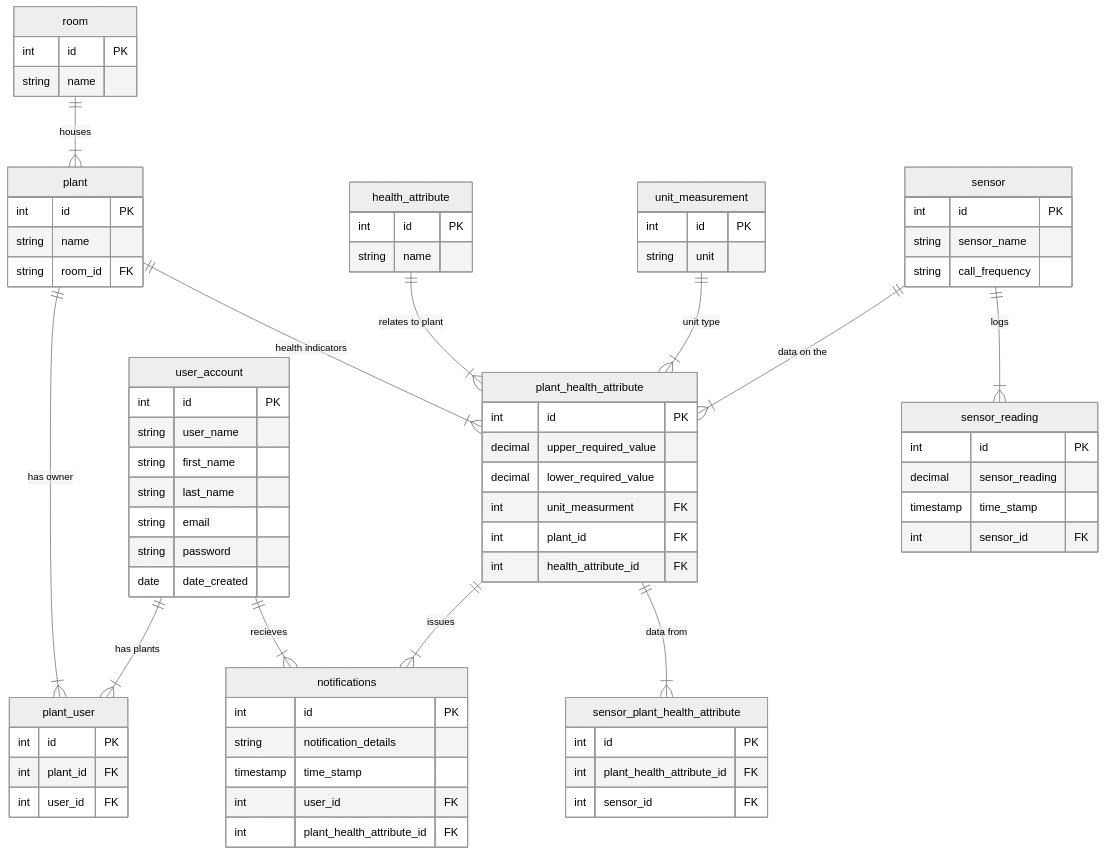
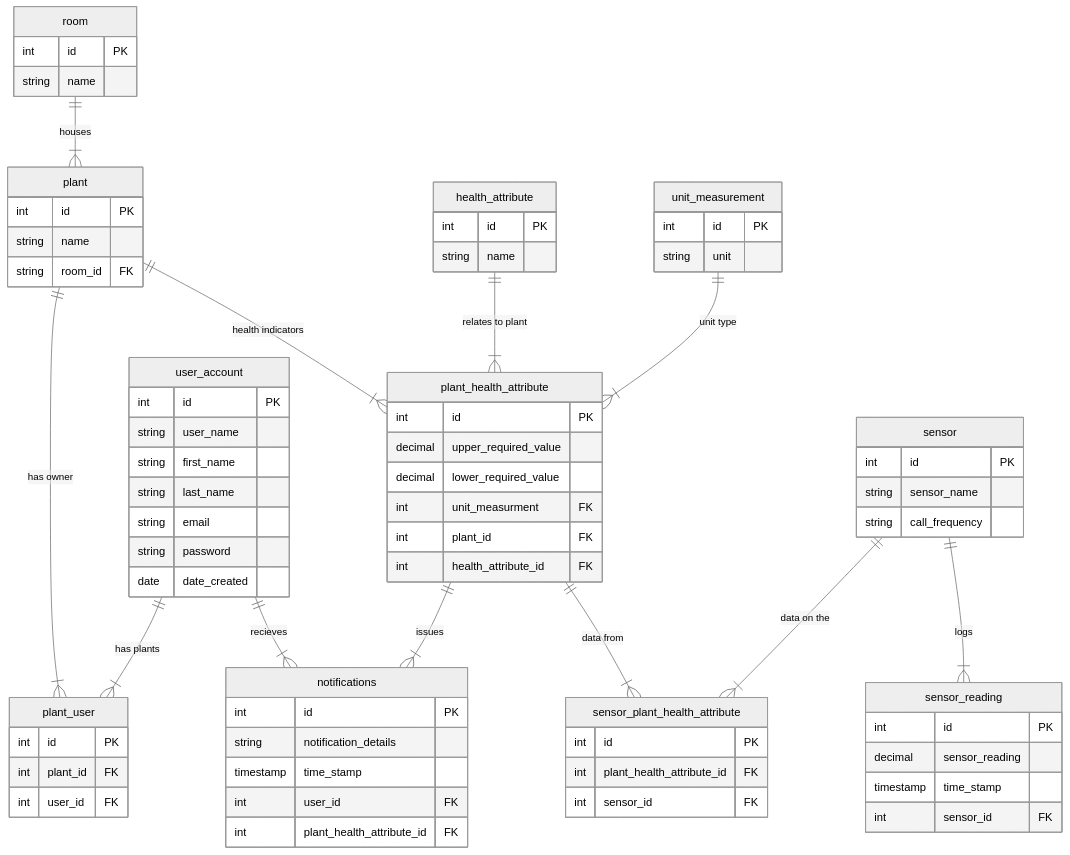
The diagram in migrations/README.md (diarmuidDoran/jarvisPlantHealth), drawn with Mermaid before and after one commit.

```diff
--- a/migrations/README.md
+++ b/migrations/README.md
@@ -69,7 +69,7 @@
         int health_attribute_id FK
     }
     
-    sensor ||--|{ plant_health_attribute: "data on the"
+    sensor ||--|{ sensor_plant_health_attribute: "data on the"
     sensor ||--|{ sensor_reading: "logs"
     
     sensor{
```
